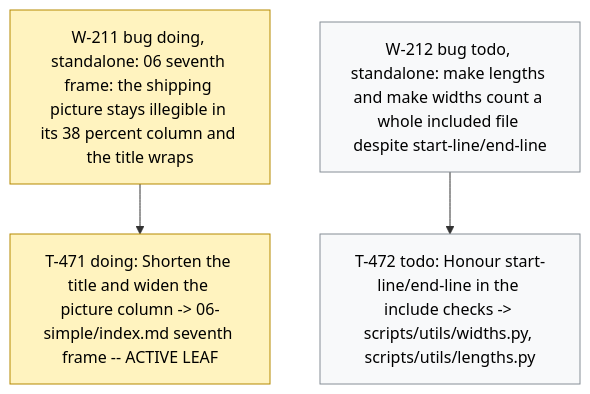
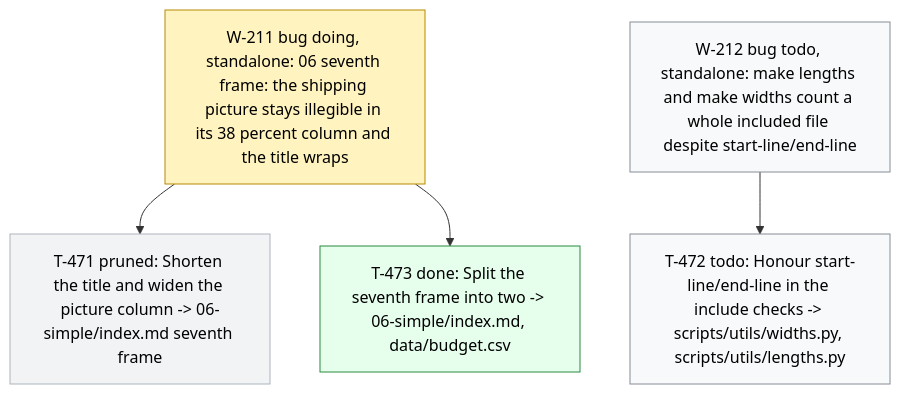
Before and after one commit to dpopchev/chaos-to-simple: the diagram in .board/BOARD.md, drawn with Mermaid. The commit also changed other lines of this file and 2 other files, not shown here.

Commit message:
chore(board): close T-473 -- W-211 ready to land
Refs: W-211 T-473

````diff
--- a/.board/BOARD.md
+++ b/.board/BOARD.md
@@ -1245,14 +1245,17 @@
 ```mermaid
 flowchart TD
   W211["W-211 bug doing, standalone: 06 seventh frame: the shipping picture stays illegible in its 38 percent column and the title wraps"]
-  W211 --> T471["T-471 doing: Shorten the title and widen the picture column -> 06-simple/index.md seventh frame -- ACTIVE LEAF"]
+  W211 --> T471["T-471 pruned: Shorten the title and widen the picture column -> 06-simple/index.md seventh frame"]
+  W211 --> T473["T-473 done: Split the seventh frame into two -> 06-simple/index.md, data/budget.csv"]
   W212["W-212 bug todo, standalone: make lengths and make widths count a whole included file despite start-line/end-line"]
   W212 --> T472["T-472 todo: Honour start-line/end-line in the include checks -> scripts/utils/widths.py, scripts/utils/lengths.py"]
   classDef doing fill:#fff3bf,stroke:#b58900,color:#000;
   classDef blocked fill:#ffe3e3,stroke:#c92a2a,color:#000;
   classDef done fill:#e6ffed,stroke:#2b8a3e,color:#000;
   classDef todo fill:#f8f9fa,stroke:#868e96,color:#000;
   classDef pruned fill:#f1f3f5,stroke:#adb5bd,color:#000;
-  class W211,T471 doing
+  class W211 doing
+  class T473 done
   class W212,T472 todo
+  class T471 pruned
 ```
````
